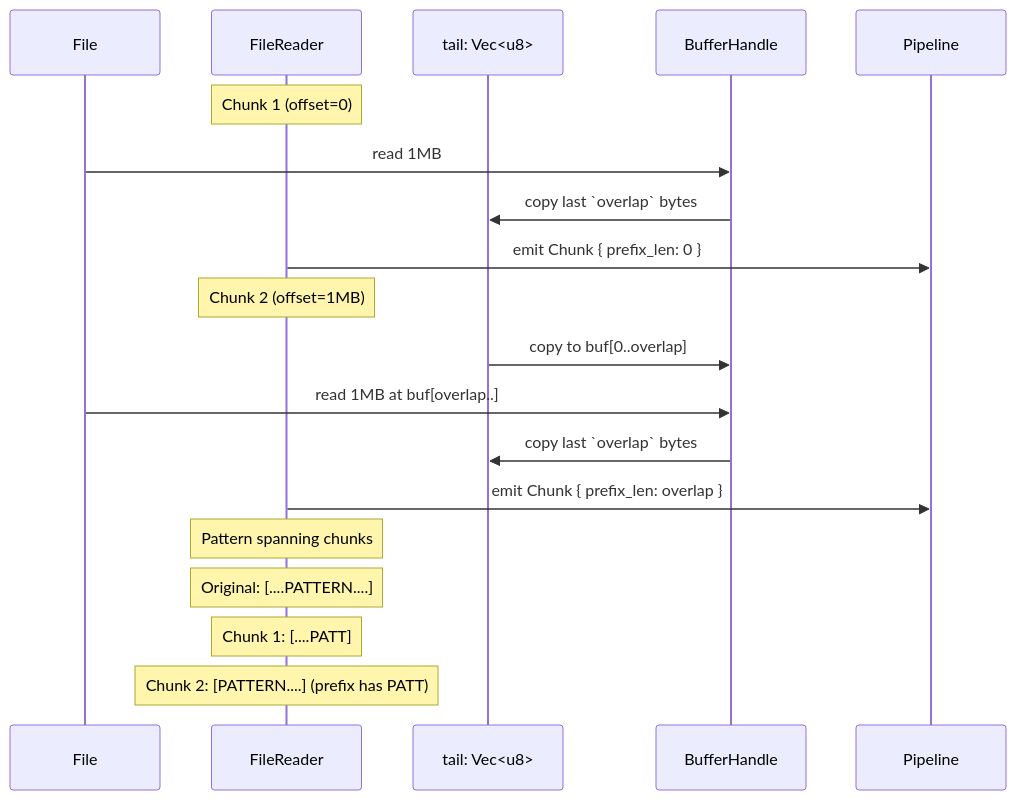
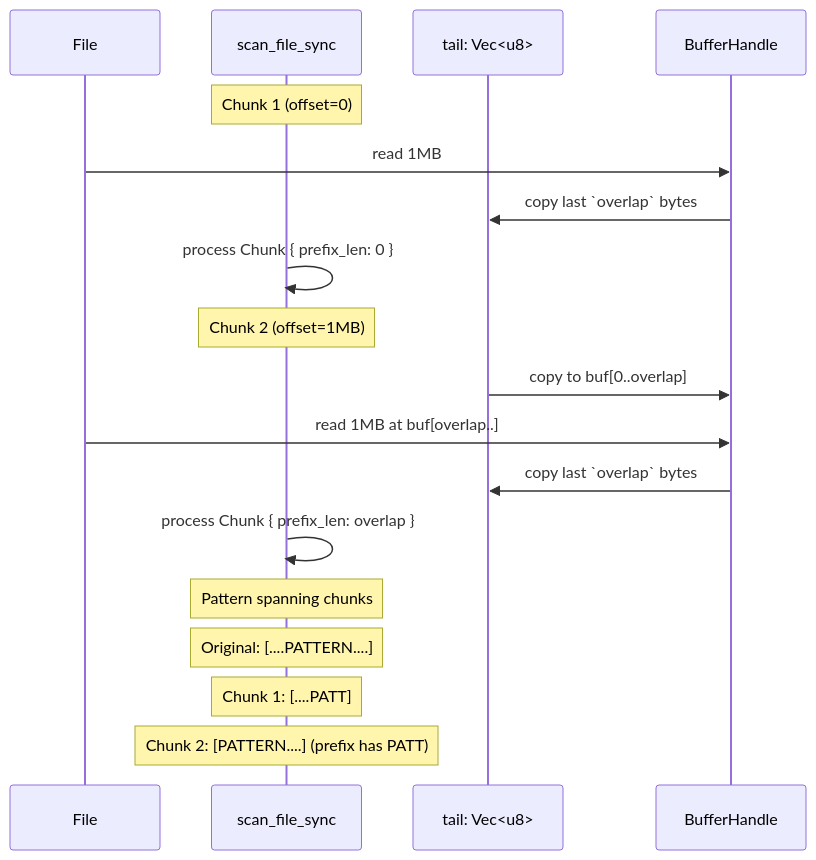
One commit to ahrav/Gossip-rs changed the fourth of 4 diagrams in docs/memory-management.md. Above: the diagram before and after it, drawn with Mermaid. The commit also changed other lines of this file and 12 other files, not shown here.

First line of the commit message:
Update documentation to reflect API and architecture changes

````diff
--- a/docs/memory-management.md
+++ b/docs/memory-management.md
@@ -577,23 +577,23 @@
 ```mermaid
 sequenceDiagram
     participant File as File
-    participant Reader as FileReader
+    participant Scan as scan_file_sync
     participant Tail as tail: Vec<u8>
     participant Buf as BufferHandle
 
-    Note over Reader: Chunk 1 (offset=0)
+    Note over Scan: Chunk 1 (offset=0)
     File->>Buf: read 1MB
     Buf->>Tail: copy last `overlap` bytes
-    Reader->>Pipeline: emit Chunk { prefix_len: 0 }
+    Scan->>Scan: process Chunk { prefix_len: 0 }
 
-    Note over Reader: Chunk 2 (offset=1MB)
+    Note over Scan: Chunk 2 (offset=1MB)
     Tail->>Buf: copy to buf[0..overlap]
     File->>Buf: read 1MB at buf[overlap..]
     Buf->>Tail: copy last `overlap` bytes
-    Reader->>Pipeline: emit Chunk { prefix_len: overlap }
+    Scan->>Scan: process Chunk { prefix_len: overlap }
 
-    Note over Reader: Pattern spanning chunks
-    Note over Reader: Original: [....PATTERN....]
-    Note over Reader: Chunk 1:  [....PATT]
-    Note over Reader: Chunk 2:  [PATTERN....] (prefix has PATT)
+    Note over Scan: Pattern spanning chunks
+    Note over Scan: Original: [....PATTERN....]
+    Note over Scan: Chunk 1:  [....PATT]
+    Note over Scan: Chunk 2:  [PATTERN....] (prefix has PATT)
 ```
````
